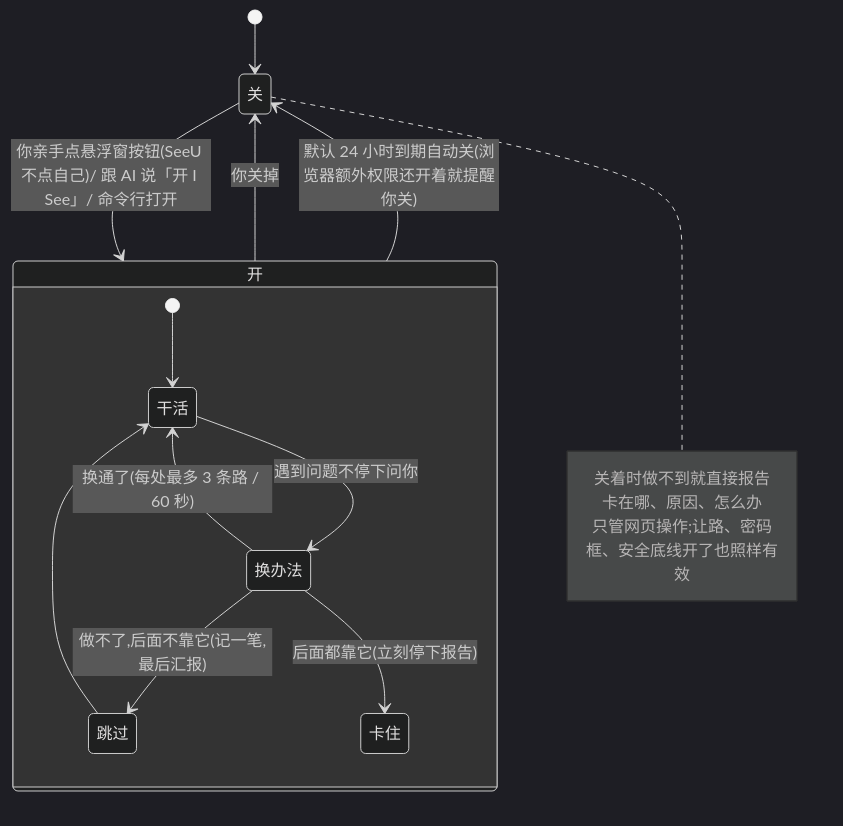
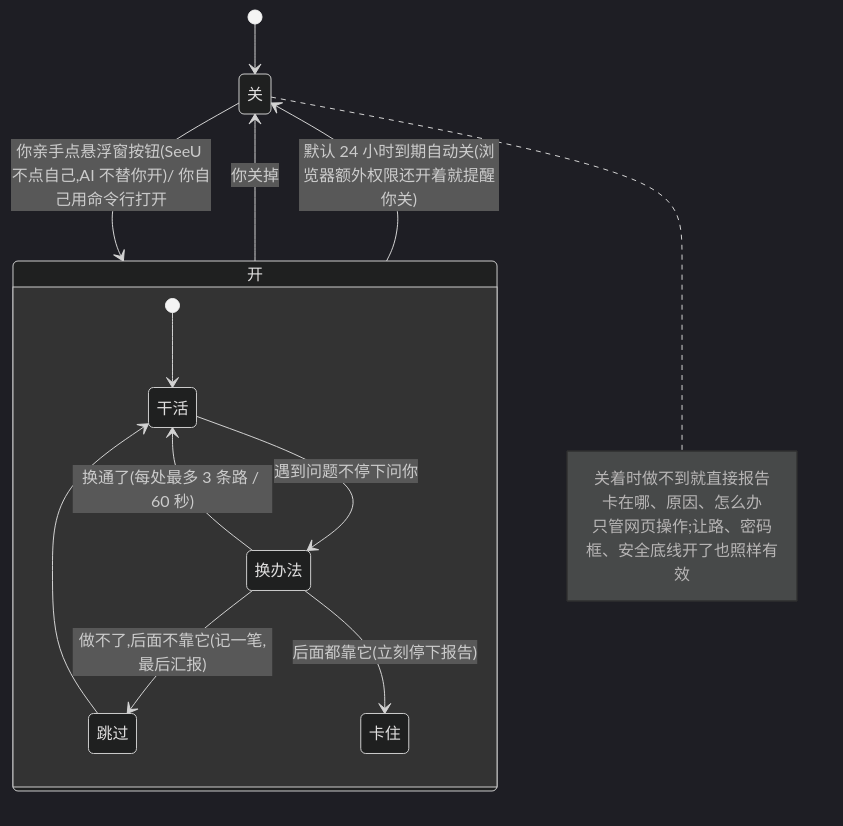
The ninth of 10 diagrams in docs/SeeU-业务图.zh-CN.md (Mr-Bingoo/seeu-computeruse), drawn with Mermaid (dark theme) before and after one commit. The commit also changed other lines of this file and 18 other files, not shown here.

````diff
--- a/docs/SeeU-业务图.zh-CN.md
+++ b/docs/SeeU-业务图.zh-CN.md
@@ -366,26 +366,26 @@
 ```mermaid
 stateDiagram-v2
   Off: 关
   On: 开
   [*] --> Off
-  Off --> On: 你亲手点悬浮窗按钮(SeeU 不点自己)/ 跟 AI 说「开 I See」/ 命令行打开
+  Off --> On: 你亲手点悬浮窗按钮(SeeU 不点自己,AI 不替你开)/ 你自己用命令行打开
   On --> Off: 你关掉
   On --> Off: 默认 24 小时到期自动关(浏览器额外权限还开着就提醒你关)
   state On {
     Work: 干活
     Try: 换办法
     Skip: 跳过
     Halt: 卡住
     [*] --> Work
     Work --> Try: 遇到问题不停下问你
     Try --> Work: 换通了(每处最多 3 条路 / 60 秒)
     Try --> Skip: 做不了,后面不靠它(记一笔,最后汇报)
     Skip --> Work
     Try --> Halt: 后面都靠它(立刻停下报告)
   }
   note right of Off
     关着时做不到就直接报告
     卡在哪、原因、怎么办
     只管网页操作;让路、密码框、安全底线开了也照样有效
   end note
 ```
````
